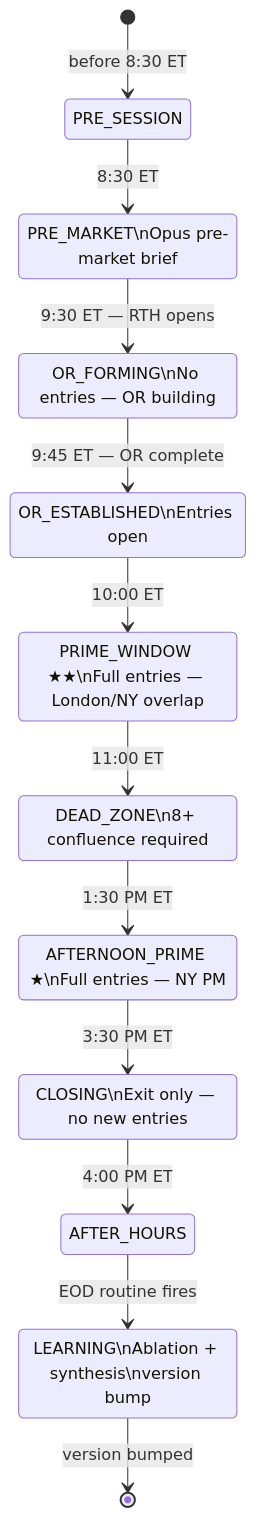
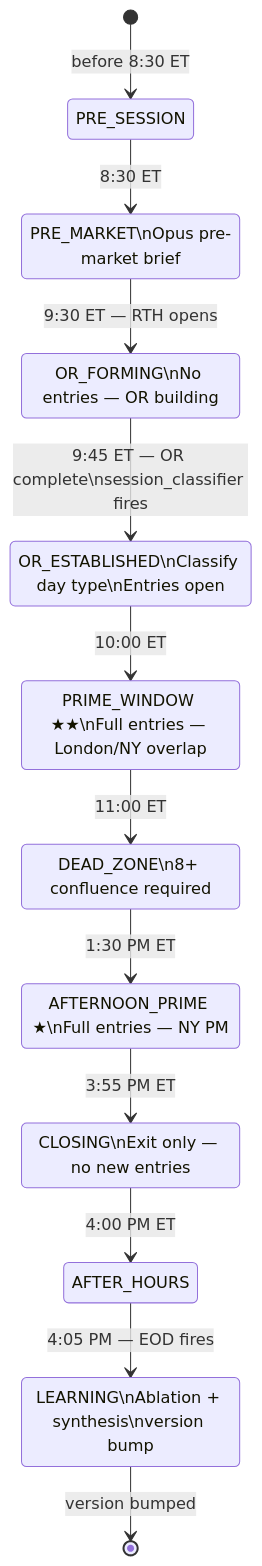
The seventh of 7 diagrams in README.md (fgomecs/mnq-ai-trader), drawn with Mermaid before and after one commit. The commit also changed other lines of this file and 2 other files, not shown here.

````diff
--- a/README.md
+++ b/README.md
@@ -848,23 +963,23 @@
 ```mermaid
 stateDiagram-v2
     [*] --> PRE_SESSION: before 8:30 ET
     PRE_SESSION --> PRE_MARKET: 8:30 ET
     PRE_MARKET --> OR_FORMING: 9:30 ET — RTH opens
-    OR_FORMING --> OR_ESTABLISHED: 9:45 ET — OR complete
+    OR_FORMING --> OR_ESTABLISHED: 9:45 ET — OR complete\nsession_classifier fires
     OR_ESTABLISHED --> PRIME_WINDOW: 10:00 ET
     PRIME_WINDOW --> DEAD_ZONE: 11:00 ET
     DEAD_ZONE --> AFTERNOON_PRIME: 1:30 PM ET
-    AFTERNOON_PRIME --> CLOSING: 3:30 PM ET
+    AFTERNOON_PRIME --> CLOSING: 3:55 PM ET
     CLOSING --> AFTER_HOURS: 4:00 PM ET
-    AFTER_HOURS --> LEARNING: EOD routine fires
+    AFTER_HOURS --> LEARNING: 4:05 PM — EOD fires
     LEARNING --> [*]: version bumped
 
     PRE_MARKET: PRE_MARKET\nOpus pre-market brief
     OR_FORMING: OR_FORMING\nNo entries — OR building
-    OR_ESTABLISHED: OR_ESTABLISHED\nEntries open
+    OR_ESTABLISHED: OR_ESTABLISHED\nClassify day type\nEntries open
     PRIME_WINDOW: PRIME_WINDOW ★★\nFull entries — London/NY overlap
     DEAD_ZONE: DEAD_ZONE\n8+ confluence required
     AFTERNOON_PRIME: AFTERNOON_PRIME ★\nFull entries — NY PM
     CLOSING: CLOSING\nExit only — no new entries
     LEARNING: LEARNING\nAblation + synthesis\nversion bump
 ```
````
